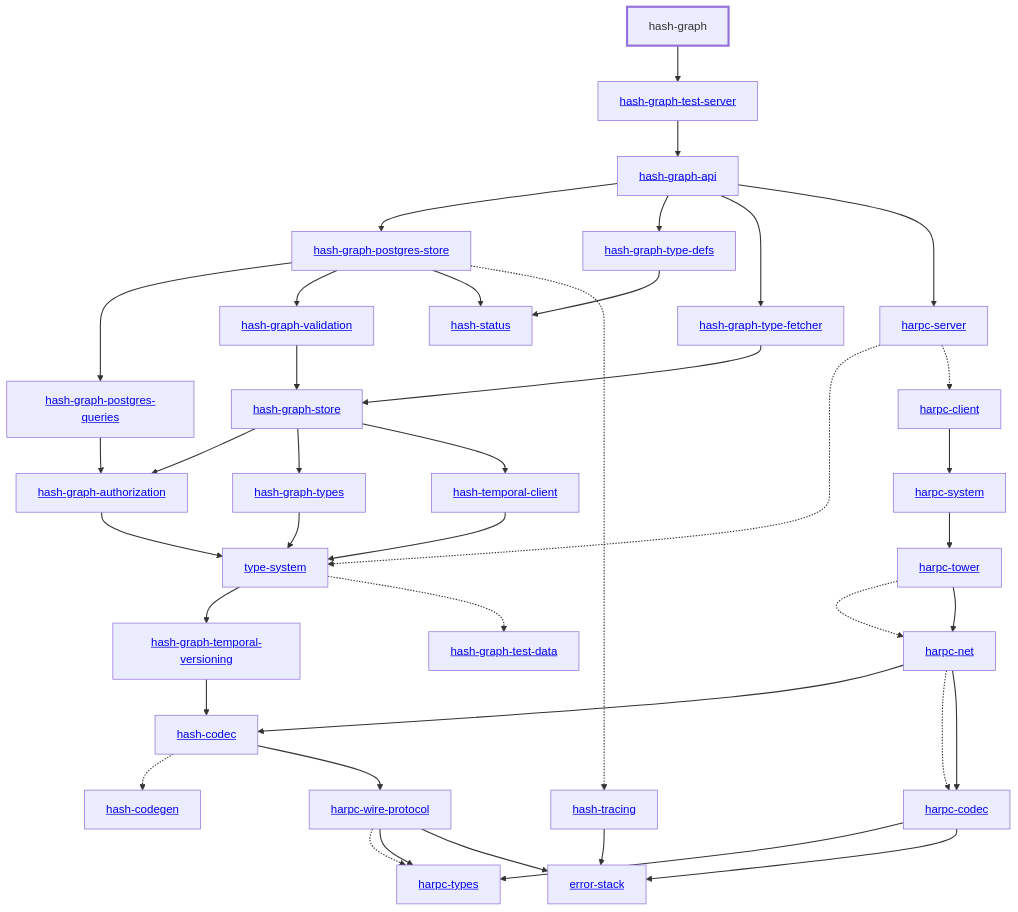
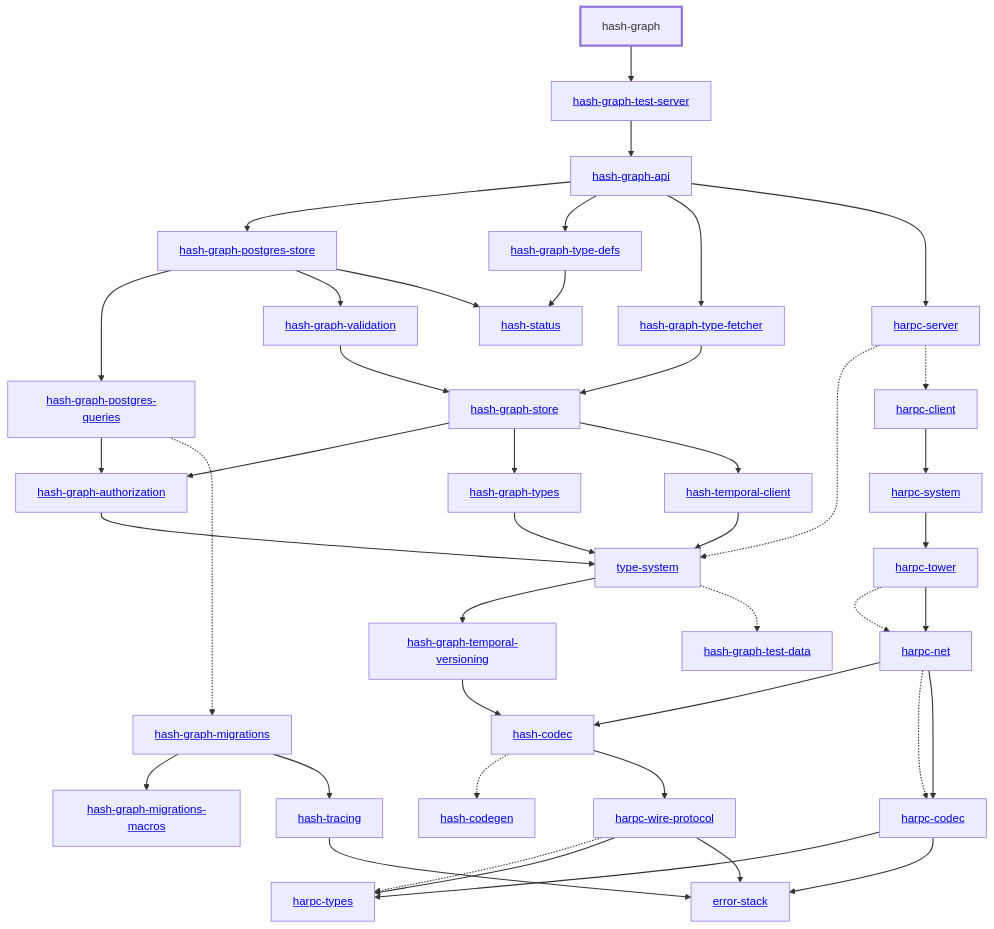
Before and after one commit to hashintel/hash: the diagram in apps/hash-graph/docs/dependency-diagram.mmd, drawn with Mermaid. The commit also changed 11 other files, not shown here.

```diff
--- a/apps/hash-graph/docs/dependency-diagram.mmd
+++ b/apps/hash-graph/docs/dependency-diagram.mmd
@@ -1,79 +1,83 @@
 graph TD
     linkStyle default stroke-width:1.5px
     classDef default stroke-width:1px
     classDef root stroke-width:3px
     classDef dev stroke-width:1px
     classDef build stroke-width:1px
     %% Legend
     %% --> : Normal dependency
     %% -.-> : Dev dependency
     %% ---> : Build dependency
     0[hash-graph]
     class 0 root
     1[<a href="../type_system">type-system</a>]
     2[<a href="../hash_codec">hash-codec</a>]
     3[<a href="../hash_codegen">hash-codegen</a>]
     4[<a href="../hash_graph_api">hash-graph-api</a>]
     5[<a href="../hash_graph_authorization">hash-graph-authorization</a>]
-    6[<a href="../hash_graph_postgres_queries">hash-graph-postgres-queries</a>]
-    7[<a href="../hash_graph_postgres_store">hash-graph-postgres-store</a>]
-    8[<a href="../hash_graph_store">hash-graph-store</a>]
-    9[<a href="../hash_graph_temporal_versioning">hash-graph-temporal-versioning</a>]
-    10[<a href="../hash_graph_test_server">hash-graph-test-server</a>]
-    11[<a href="../hash_graph_type_defs">hash-graph-type-defs</a>]
-    12[<a href="../hash_graph_type_fetcher">hash-graph-type-fetcher</a>]
-    13[<a href="../hash_graph_types">hash-graph-types</a>]
-    14[<a href="../hash_graph_validation">hash-graph-validation</a>]
-    15[<a href="../harpc_client">harpc-client</a>]
-    16[<a href="../harpc_codec">harpc-codec</a>]
-    17[<a href="../harpc_net">harpc-net</a>]
-    18[<a href="../harpc_server">harpc-server</a>]
-    19[<a href="../harpc_system">harpc-system</a>]
-    20[<a href="../harpc_tower">harpc-tower</a>]
-    21[<a href="../harpc_types">harpc-types</a>]
-    22[<a href="../harpc_wire_protocol">harpc-wire-protocol</a>]
-    23[<a href="../hash_status">hash-status</a>]
-    24[<a href="../hash_temporal_client">hash-temporal-client</a>]
-    25[<a href="../hash_tracing">hash-tracing</a>]
-    26[<a href="../error_stack">error-stack</a>]
-    27[<a href="../hash_graph_test_data">hash-graph-test-data</a>]
-    0 --> 10
-    1 --> 9
-    1 -.-> 27
+    6[<a href="../hash_graph_migrations">hash-graph-migrations</a>]
+    7[<a href="../hash_graph_migrations_macros">hash-graph-migrations-macros</a>]
+    8[<a href="../hash_graph_postgres_queries">hash-graph-postgres-queries</a>]
+    9[<a href="../hash_graph_postgres_store">hash-graph-postgres-store</a>]
+    10[<a href="../hash_graph_store">hash-graph-store</a>]
+    11[<a href="../hash_graph_temporal_versioning">hash-graph-temporal-versioning</a>]
+    12[<a href="../hash_graph_test_server">hash-graph-test-server</a>]
+    13[<a href="../hash_graph_type_defs">hash-graph-type-defs</a>]
+    14[<a href="../hash_graph_type_fetcher">hash-graph-type-fetcher</a>]
+    15[<a href="../hash_graph_types">hash-graph-types</a>]
+    16[<a href="../hash_graph_validation">hash-graph-validation</a>]
+    17[<a href="../harpc_client">harpc-client</a>]
+    18[<a href="../harpc_codec">harpc-codec</a>]
+    19[<a href="../harpc_net">harpc-net</a>]
+    20[<a href="../harpc_server">harpc-server</a>]
+    21[<a href="../harpc_system">harpc-system</a>]
+    22[<a href="../harpc_tower">harpc-tower</a>]
+    23[<a href="../harpc_types">harpc-types</a>]
+    24[<a href="../harpc_wire_protocol">harpc-wire-protocol</a>]
+    25[<a href="../hash_status">hash-status</a>]
+    26[<a href="../hash_temporal_client">hash-temporal-client</a>]
+    27[<a href="../hash_tracing">hash-tracing</a>]
+    28[<a href="../error_stack">error-stack</a>]
+    29[<a href="../hash_graph_test_data">hash-graph-test-data</a>]
+    0 --> 12
+    1 --> 11
+    1 -.-> 29
     2 -.-> 3
-    2 --> 22
-    4 --> 7
-    4 --> 11
-    4 --> 12
-    4 --> 18
+    2 --> 24
+    4 --> 9
+    4 --> 13
+    4 --> 14
+    4 --> 20
     5 --> 1
-    6 --> 5
-    7 --> 6
-    7 --> 14
-    7 --> 23
-    7 -.-> 25
+    6 --> 7
+    6 --> 27
     8 --> 5
-    8 --> 13
-    8 --> 24
-    9 --> 2
-    10 --> 4
-    11 --> 23
-    12 --> 8
-    13 --> 1
-    14 --> 8
-    15 --> 19
-    16 --> 21
-    16 --> 26
-    17 --> 2
-    17 -.-> 16
-    17 --> 16
-    18 -.-> 1
-    18 -.-> 15
-    19 --> 20
+    8 -.-> 6
+    9 --> 8
+    9 --> 16
+    9 --> 25
+    10 --> 5
+    10 --> 15
+    10 --> 26
+    11 --> 2
+    12 --> 4
+    13 --> 25
+    14 --> 10
+    15 --> 1
+    16 --> 10
+    17 --> 21
+    18 --> 23
+    18 --> 28
+    19 --> 2
+    19 -.-> 18
+    19 --> 18
+    20 -.-> 1
     20 -.-> 17
-    20 --> 17
-    22 -.-> 21
-    22 --> 21
-    22 --> 26
-    24 --> 1
-    25 --> 26
+    21 --> 22
+    22 -.-> 19
+    22 --> 19
+    24 -.-> 23
+    24 --> 23
+    24 --> 28
+    26 --> 1
+    27 --> 28
```
